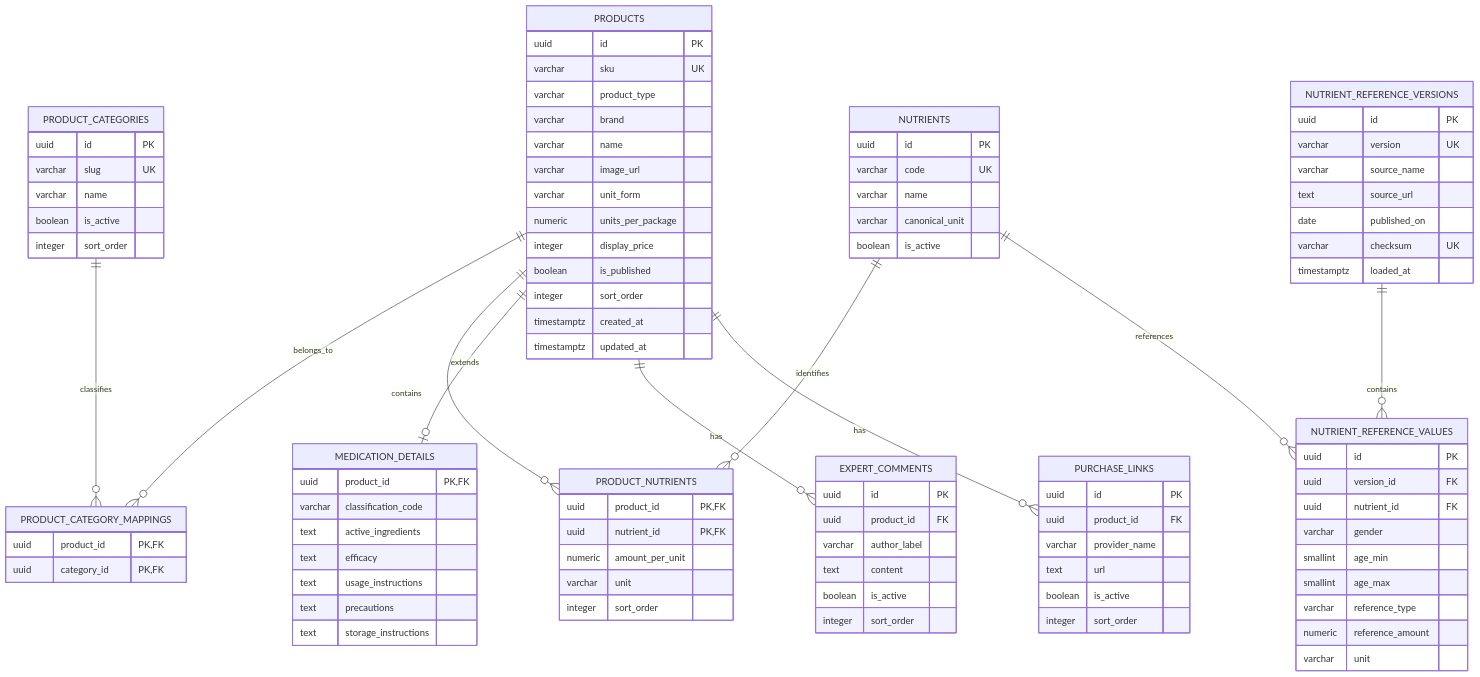
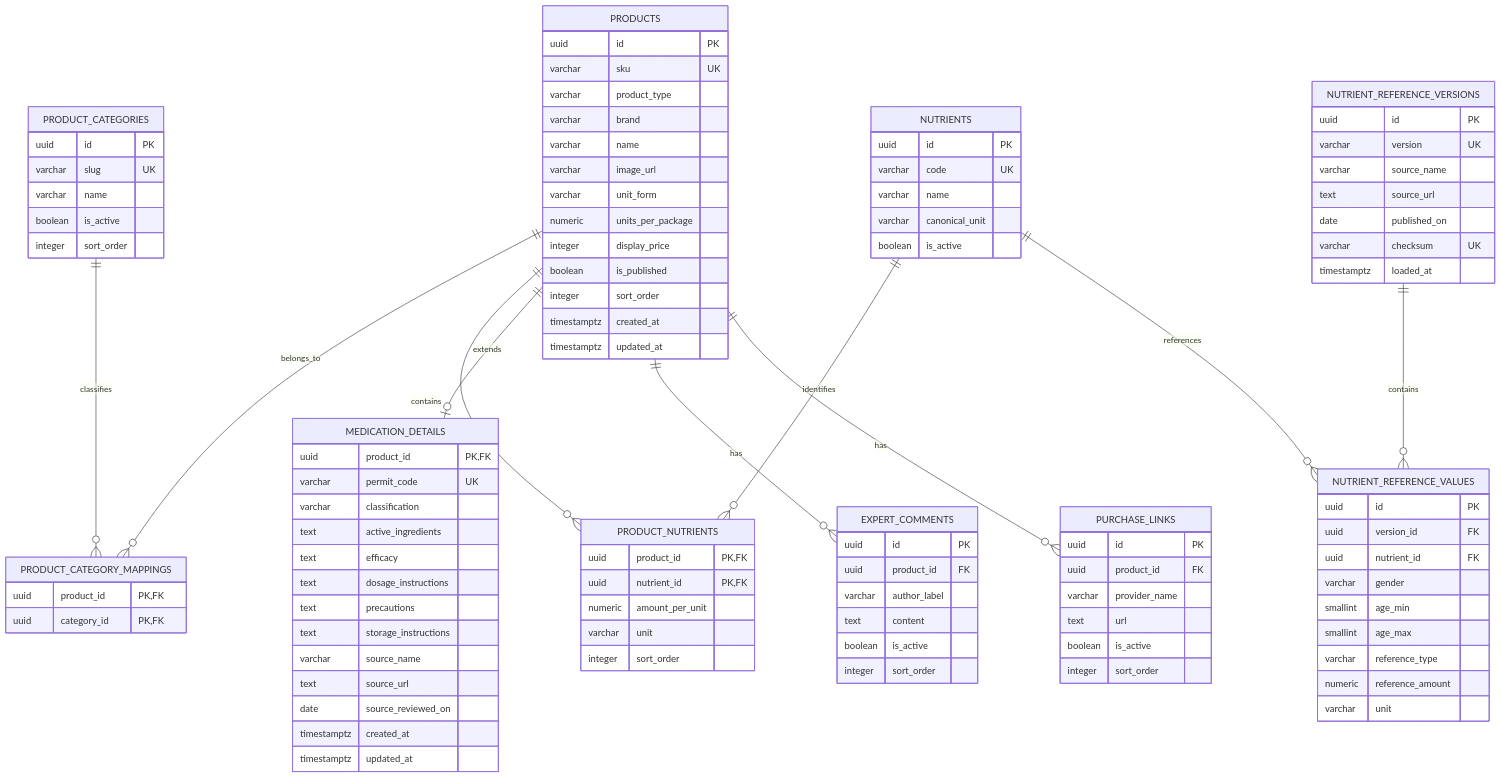
The second of 4 diagrams in docs/architecture/erd.md (Pilot-project-python5/backend), drawn with Mermaid before and after one commit. The commit also changed other lines of this file and 30 other files, not shown here.

```diff
--- a/docs/architecture/erd.md
+++ b/docs/architecture/erd.md
@@ -161,12 +161,18 @@
 
     MEDICATION_DETAILS {
         uuid product_id PK,FK
-        varchar classification_code
+        varchar permit_code UK
+        varchar classification
         text active_ingredients
         text efficacy
-        text usage_instructions
+        text dosage_instructions
         text precautions
         text storage_instructions
+        varchar source_name
+        text source_url
+        date source_reviewed_on
+        timestamptz created_at
+        timestamptz updated_at
     }
 
     EXPERT_COMMENTS {
```
